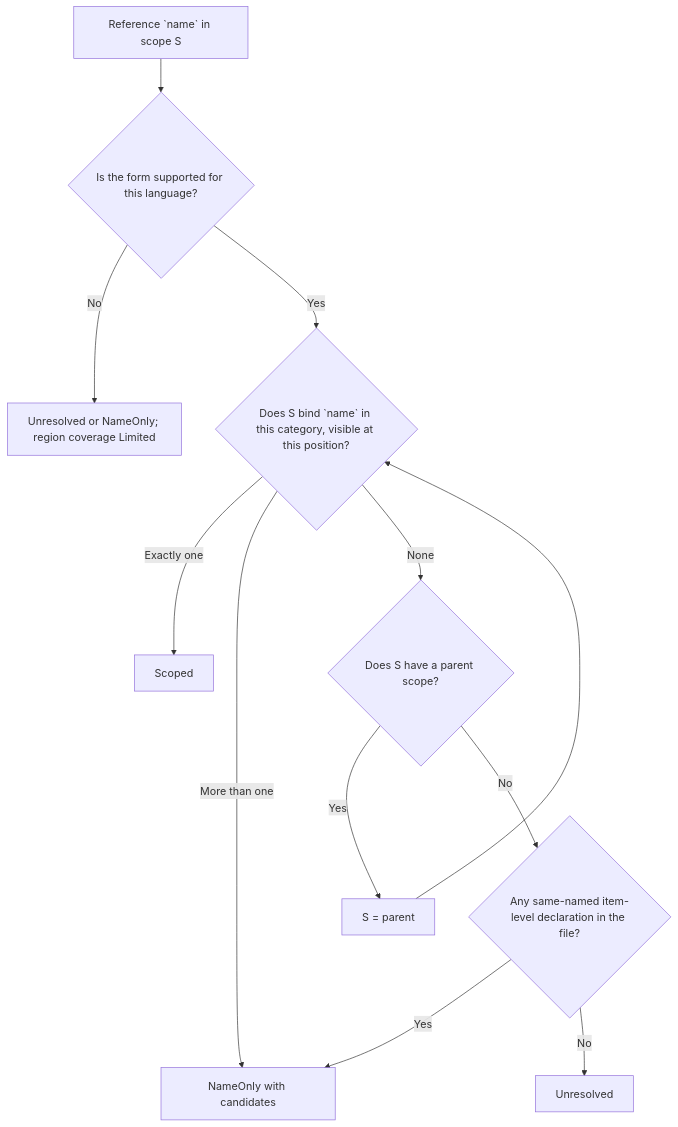
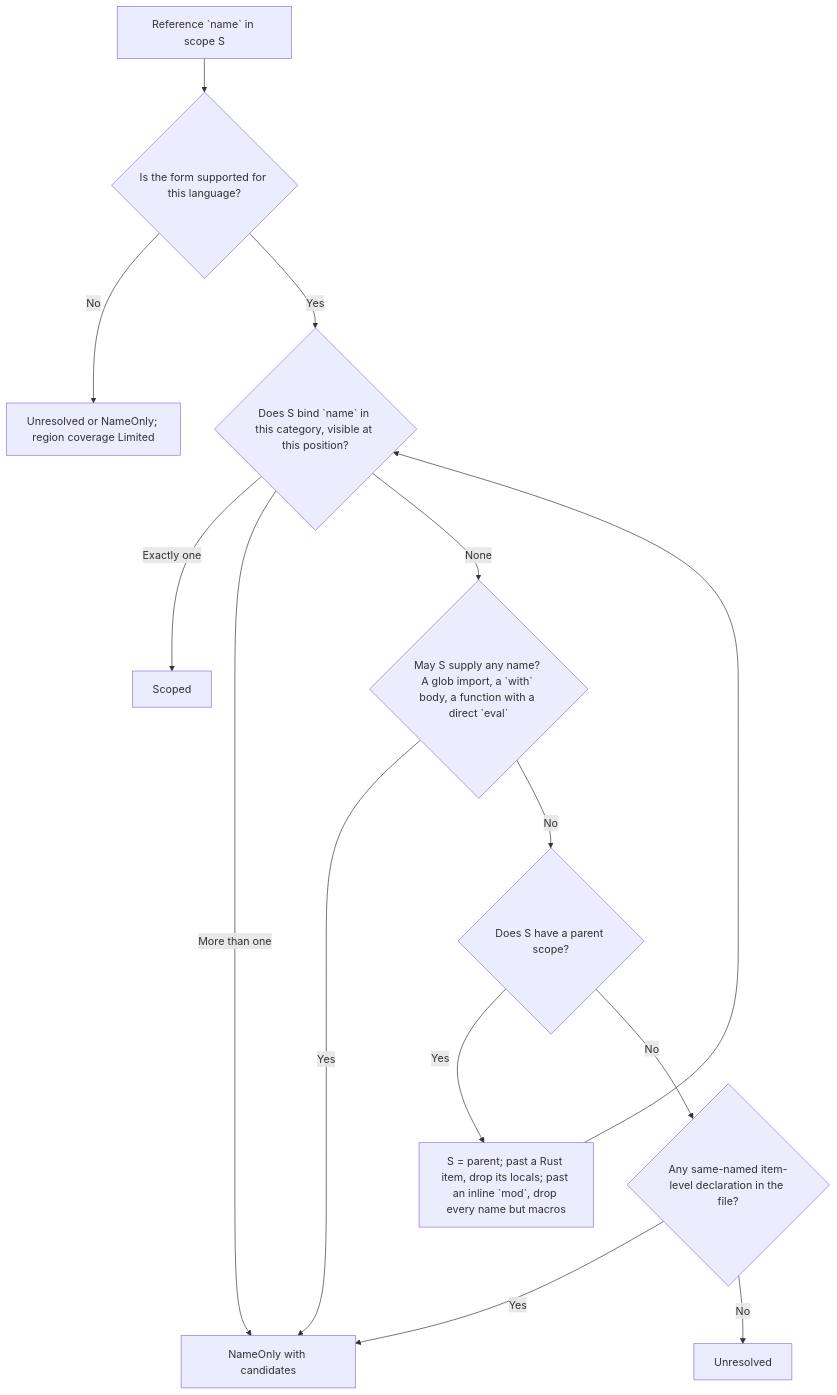
One commit to yankeeinlondon/rusty-biscuit changed the first of 3 diagrams in tree-hugger/docs/references.md. Above: the diagram before and after it, drawn with Mermaid. The commit also changed other lines of this file and 10 other files, not shown here.

First line of the commit message:
docs(tree-hugger): document scoped references, relation binding, schema 5.0

````diff
--- a/tree-hugger/docs/references.md
+++ b/tree-hugger/docs/references.md
@@ -79,13 +124,15 @@
 ```mermaid
 flowchart TD
     R[Reference `name` in scope S] --> Q{Is the form supported for this language?}
     Q -->|No| L[Unresolved or NameOnly; region coverage Limited]
     Q -->|Yes| B{Does S bind `name` in this category, visible at this position?}
     B -->|Exactly one| SC[Scoped]
     B -->|More than one| NO[NameOnly with candidates]
-    B -->|None| P{Does S have a parent scope?}
-    P -->|Yes| S2[S = parent] --> B
+    B -->|None| G{May S supply any name? A glob import, a `with` body, a function with a direct `eval`}
+    G -->|Yes| NO
+    G -->|No| P{Does S have a parent scope?}
+    P -->|Yes| X[S = parent; past a Rust item, drop its locals; past an inline `mod`, drop every name but macros] --> B
     P -->|No| C{Any same-named item-level declaration in the file?}
     C -->|Yes| NO
     C -->|No| U[Unresolved]
 ```
````
